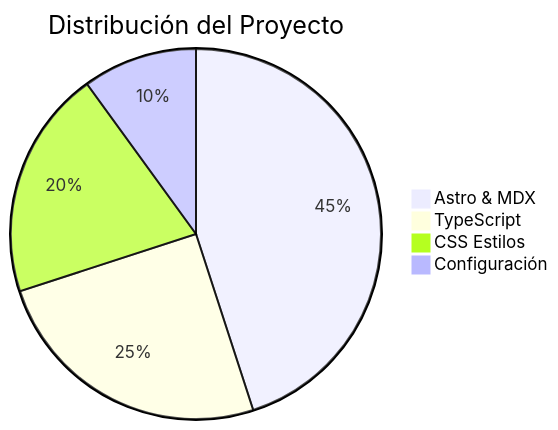
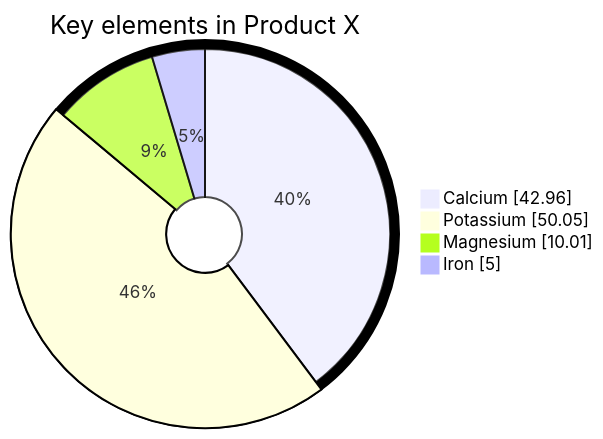
One commit to jhoseph-est/view-md changed the tenth of 15 diagrams in src/content/docs/prueba-de-renderizado.md. Above: the diagram before and after it, drawn with Mermaid. The commit also changed other lines of this file and 7 other files, not shown here.

````diff
--- a/src/content/docs/prueba-de-renderizado.md
+++ b/src/content/docs/prueba-de-renderizado.md
@@ -164,8 +182,19 @@
 ```mermaid
-pie title Distribución del Proyecto
-    "Astro & MDX" : 45
-    "TypeScript" : 25
-    "CSS Estilos" : 20
-    "Configuración" : 10
+---
+config:
+  pie:
+    textPosition: 0.5
+    donutHole: 0.2
+    highlightSlice: "Potassium"
+  themeVariables:
+    pieOuterStrokeWidth: "10px"
+---
+pie showData
+    title Key elements in Product X
+    "Calcium" : 42.96
+    "Potassium" : 50.05
+    "Magnesium" : 10.01
+    "Iron" :  5
+
 
 ```
````
